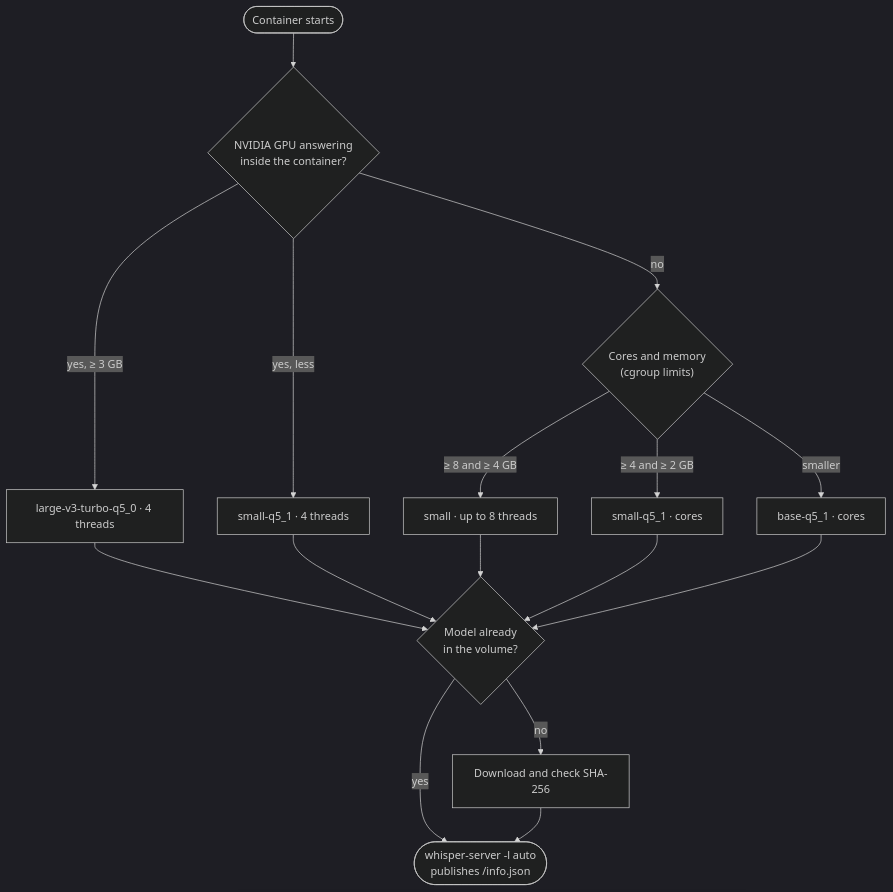
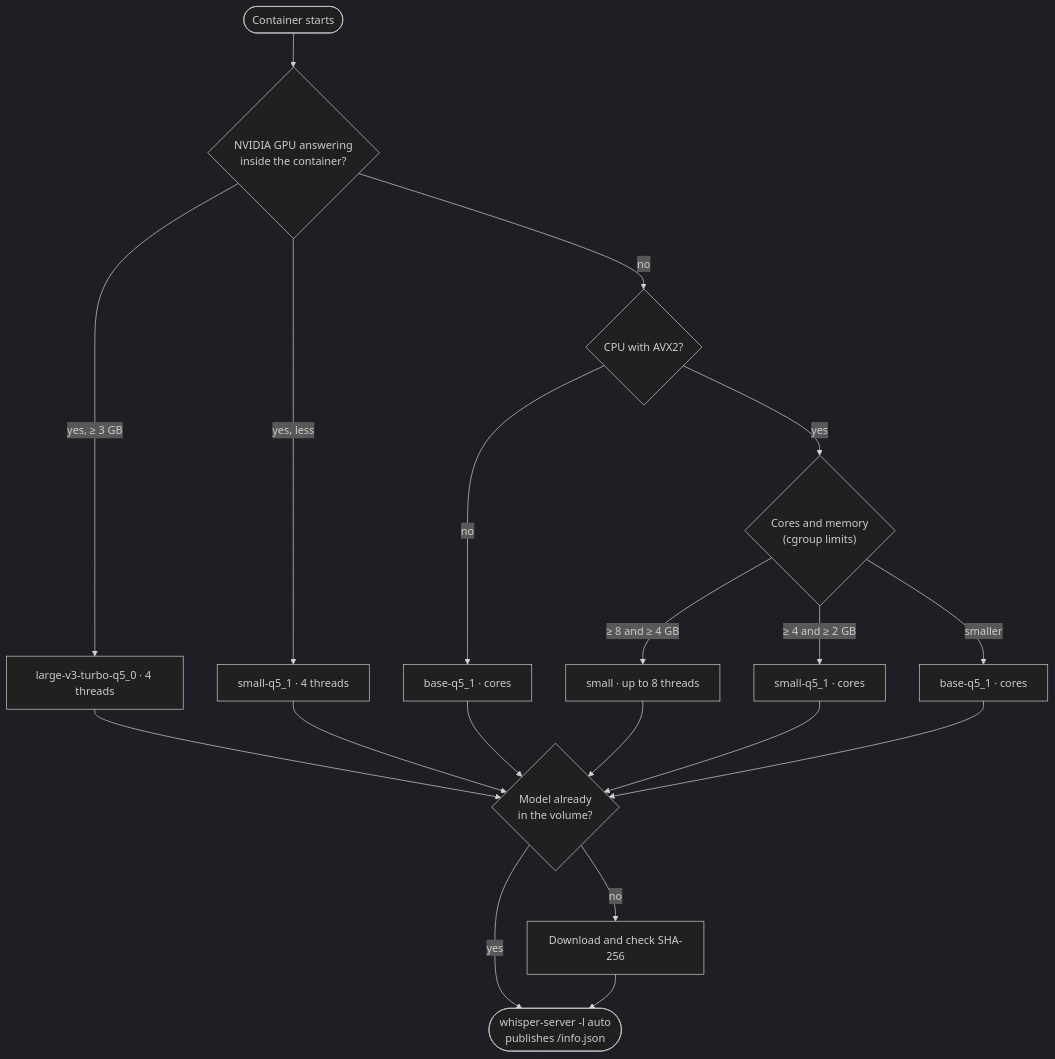
Before and after one commit to allanbarcelos/opentube: the first of 6 diagrams in README.md, drawn with Mermaid (dark theme). The commit also changed other lines of this file and 6 other files, not shown here.

````diff
--- a/README.md
+++ b/README.md
@@ -190,14 +190,16 @@
   ```mermaid
   flowchart TD
       start(["Container starts"]) --> gpu{"NVIDIA GPU answering<br/>inside the container?"}
       gpu -->|"yes, ≥ 3 GB"| large["large-v3-turbo-q5_0 · 4 threads"]
       gpu -->|"yes, less"| smallq["small-q5_1 · 4 threads"]
-      gpu -->|no| cpu{"Cores and memory<br/>(cgroup limits)"}
+      gpu -->|no| simd{"CPU with AVX2?"}
+      simd -->|no| base0["base-q5_1 · cores"]
+      simd -->|yes| cpu{"Cores and memory<br/>(cgroup limits)"}
       cpu -->|"≥ 8 and ≥ 4 GB"| small["small · up to 8 threads"]
       cpu -->|"≥ 4 and ≥ 2 GB"| smallq2["small-q5_1 · cores"]
       cpu -->|smaller| base["base-q5_1 · cores"]
-      large & smallq & small & smallq2 & base --> have{"Model already<br/>in the volume?"}
+      large & smallq & base0 & small & smallq2 & base --> have{"Model already<br/>in the volume?"}
       have -->|no| download["Download and check SHA-256"]
       have -->|yes| run
       download --> run(["whisper-server -l auto<br/>publishes /info.json"])
   ```
````
